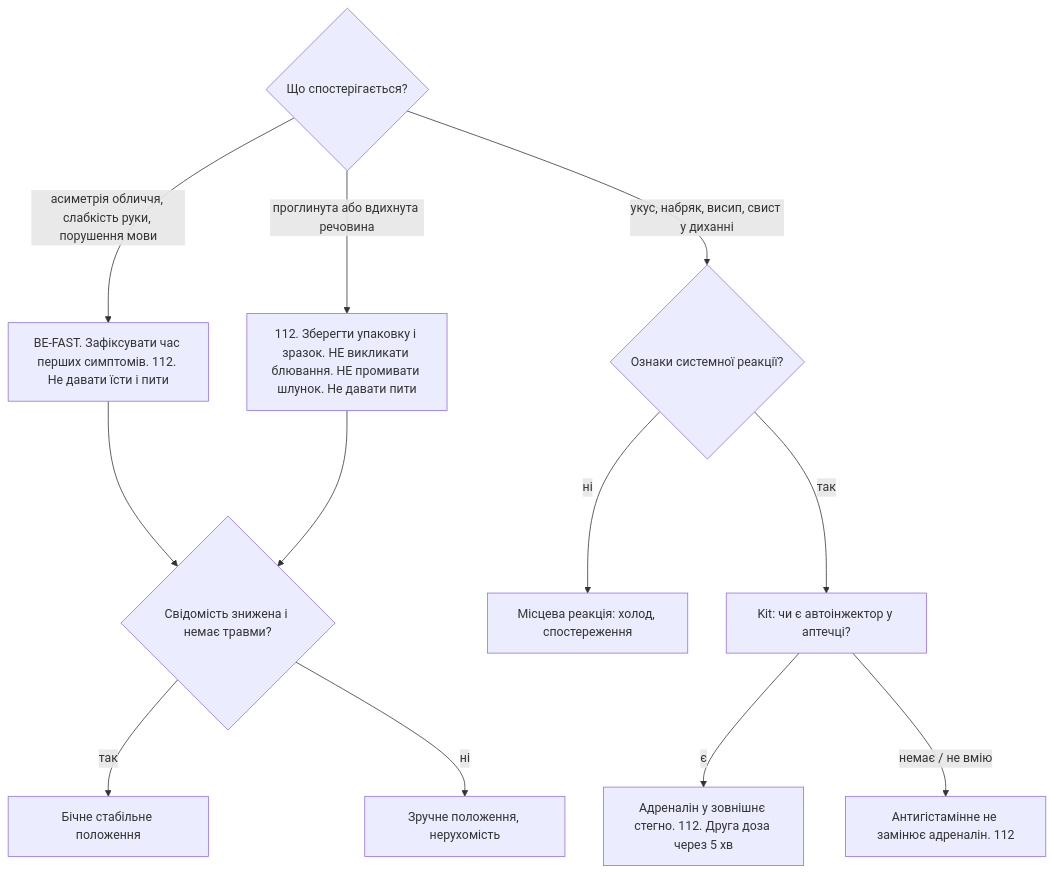
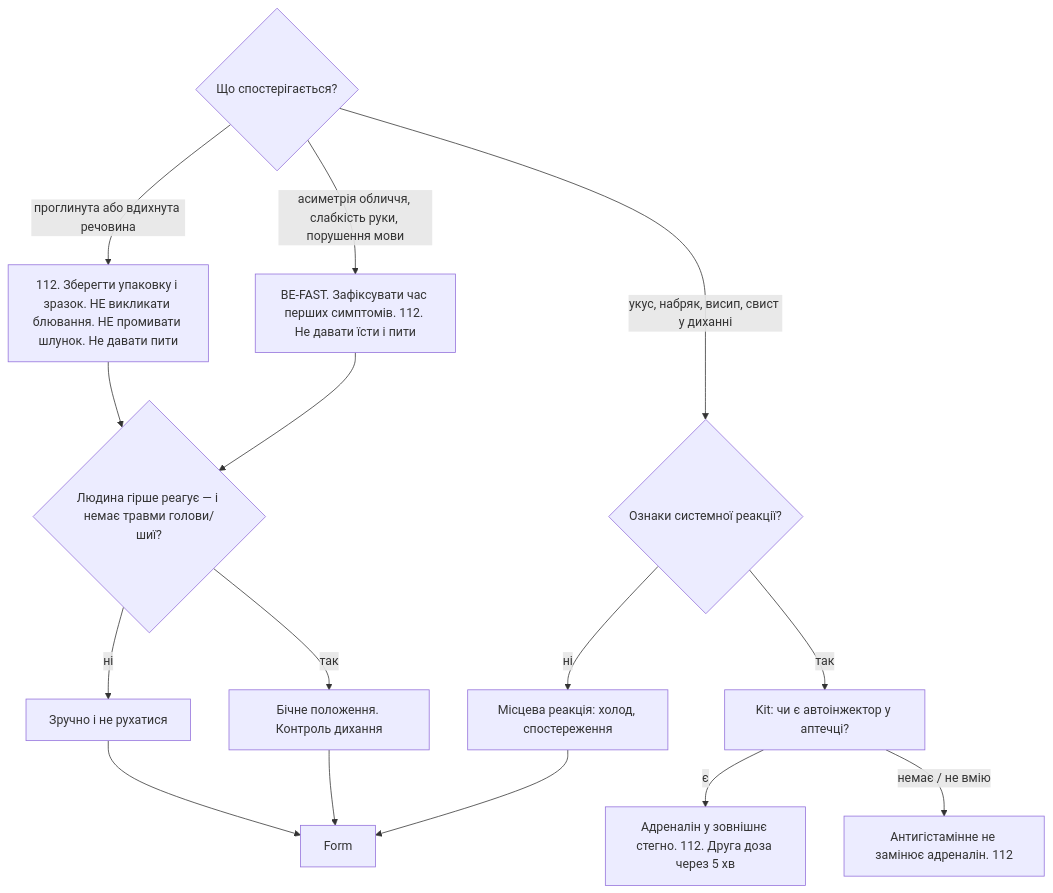
One commit to kaiserdem/ZeroEchelon changed diagram 11 of 12 in docs/04-блок-схеми.md. Above: the diagram before and after it, drawn with Mermaid. The commit also changed other lines of this file and 28 other files, not shown here.

````diff
--- a/docs/04-блок-схеми.md
+++ b/docs/04-блок-схеми.md
@@ -280,15 +282,18 @@
 ```mermaid
 flowchart TD
   J0{"Що спостерігається?"}
   J0 -->|"асиметрія обличчя, слабкість руки, порушення мови"| Str["BE-FAST. Зафіксувати час перших симптомів. 112. Не давати їсти і пити"]
   J0 -->|"проглинута або вдихнута речовина"| Poi["112. Зберегти упаковку і зразок. НЕ викликати блювання. НЕ промивати шлунок. Не давати пити"]
   J0 -->|"укус, набряк, висип, свист у диханні"| Ana{"Ознаки системної реакції?"}
   Ana -->|"так"| Kit["Kit: чи є автоінжектор у аптечці?"]
   Kit -->|"є"| Adr["Адреналін у зовнішнє стегно. 112. Друга доза через 5 хв"]
   Kit -->|"немає / не вмію"| NoAnti["Антигістамінне не замінює адреналін. 112"]
   Ana -->|"ні"| Local["Місцева реакція: холод, спостереження"]
-  Str --> Pos{"Свідомість знижена і немає травми?"}
+  Str --> Pos{"Людина гірше реагує — і немає травми голови/шиї?"}
   Poi --> Pos
-  Pos -->|"так"| Side["Бічне стабільне положення"]
-  Pos -->|"ні"| Comf["Зручне положення, нерухомість"]
+  Pos -->|"так"| Side["Бічне положення. Контроль дихання"]
+  Pos -->|"ні"| Comf["Зручно і не рухатися"]
+  Local --> FormJ["Form"]
+  Side --> FormJ
+  Comf --> FormJ
 ```
````
